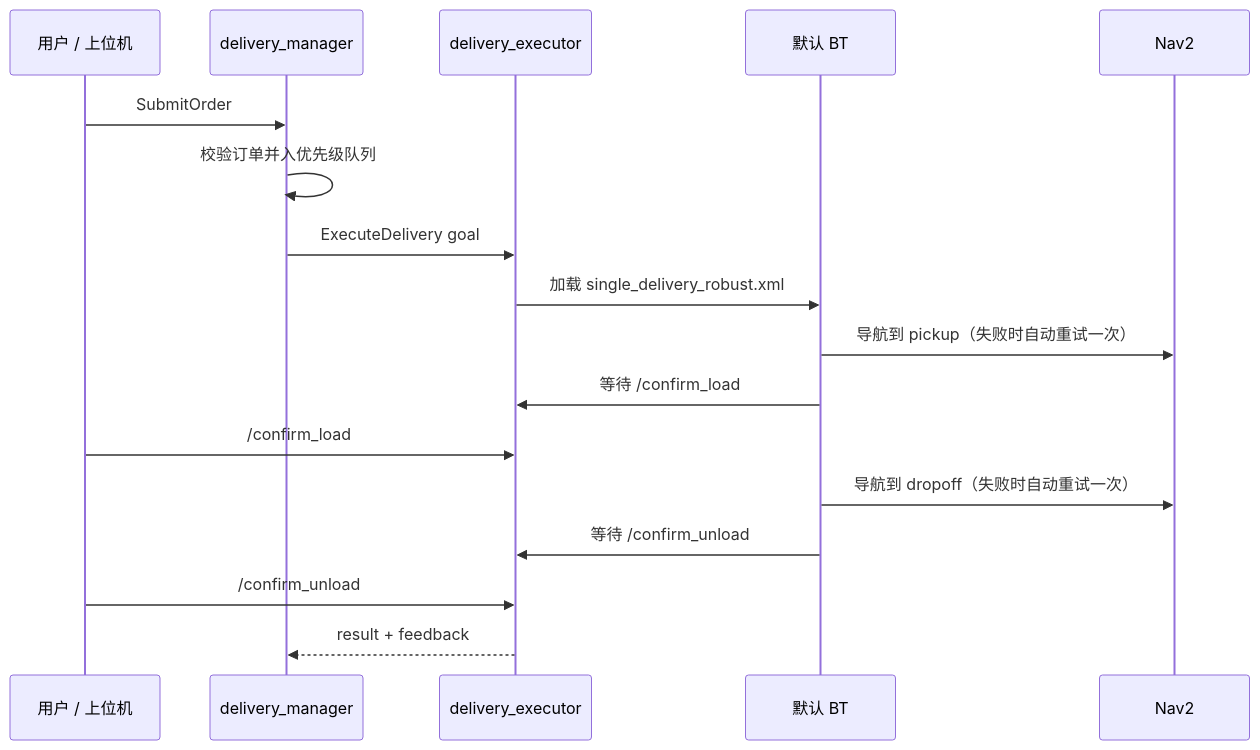
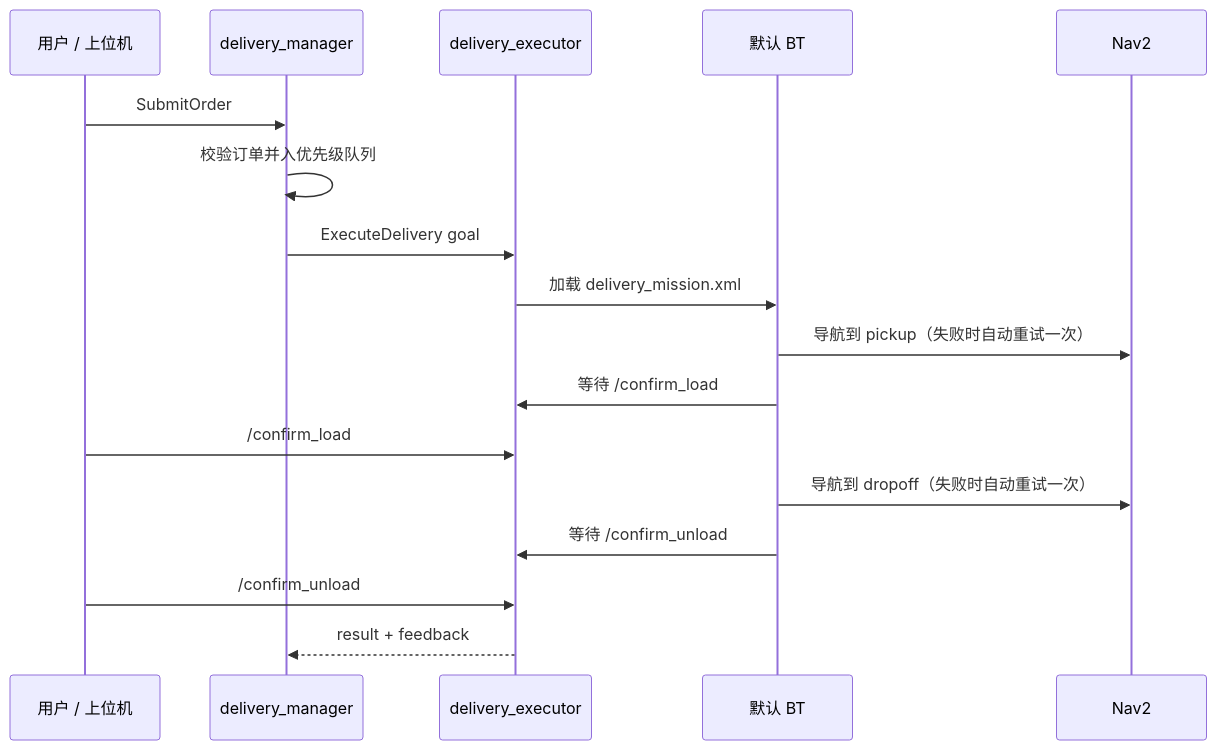
Before and after one commit to strawberry2333/ros2_delivery_robot: the third of 5 diagrams in README.md, drawn with Mermaid. The commit also changed other lines of this file and 2 other files, not shown here.

First line of the commit message:
文档同步：默认 BT XML 描述更新 + 审核报告归档

````diff
--- a/README.md
+++ b/README.md
@@ -152,20 +152,20 @@
 ```mermaid
 sequenceDiagram
     participant User as 用户 / 上位机
     participant Manager as delivery_manager
     participant Executor as delivery_executor
     participant BT as 默认 BT
     participant Nav2 as Nav2
 
     User->>Manager: SubmitOrder
     Manager->>Manager: 校验订单并入优先级队列
     Manager->>Executor: ExecuteDelivery goal
-    Executor->>BT: 加载 single_delivery_robust.xml
+    Executor->>BT: 加载 delivery_mission.xml
     BT->>Nav2: 导航到 pickup（失败时自动重试一次）
     BT->>Executor: 等待 /confirm_load
     User->>Executor: /confirm_load
     BT->>Nav2: 导航到 dropoff（失败时自动重试一次）
     BT->>Executor: 等待 /confirm_unload
     User->>Executor: /confirm_unload
     Executor-->>Manager: result + feedback
 ```
````
